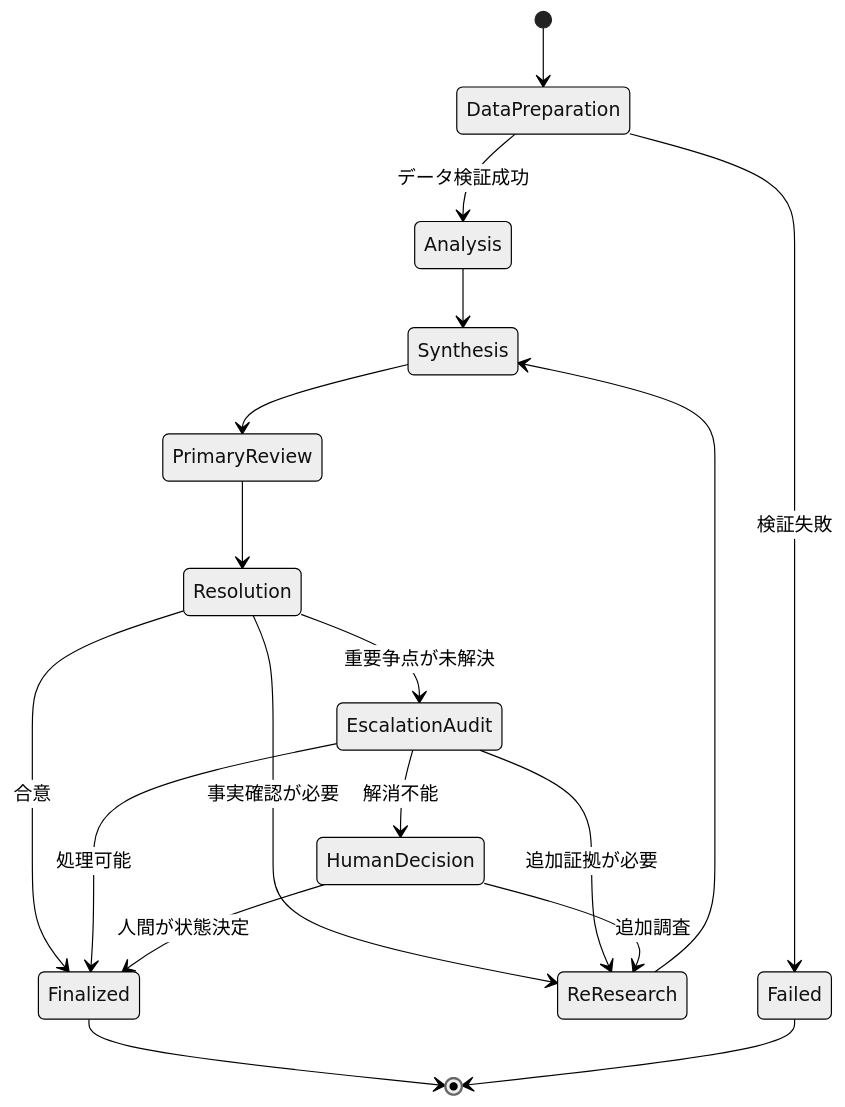
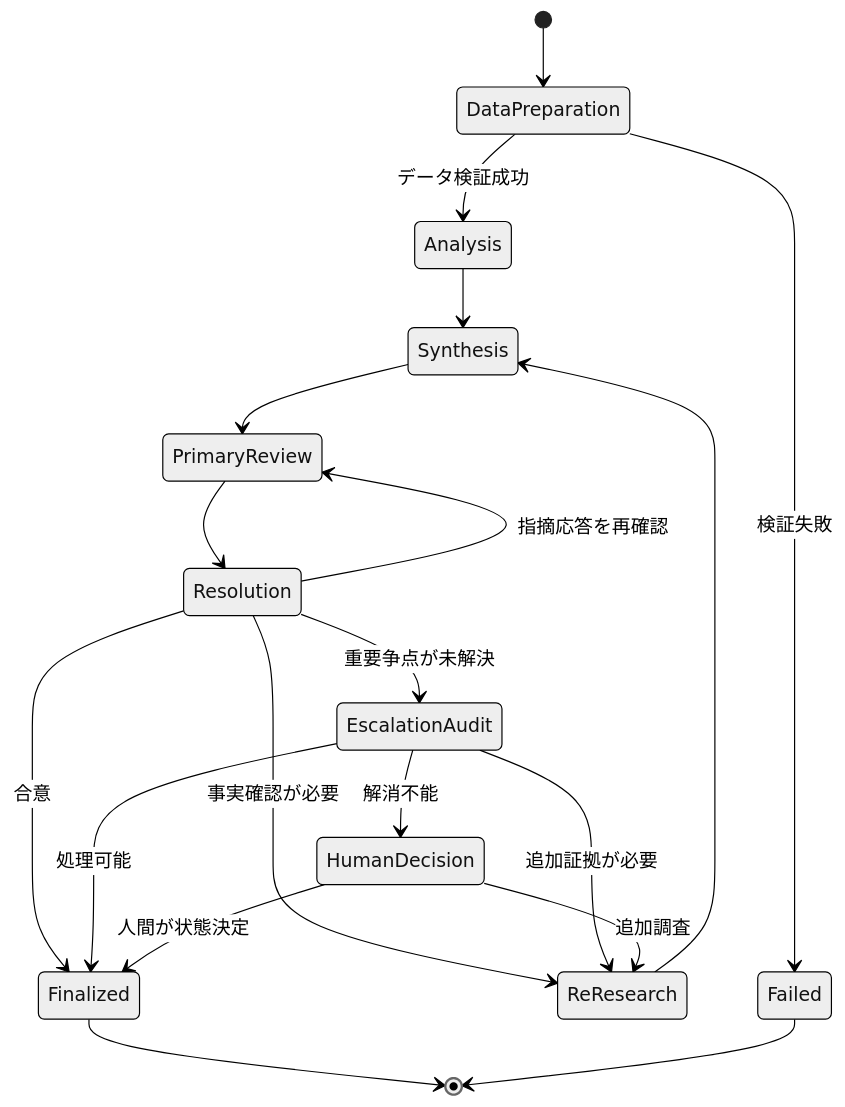
One commit to toike08D17012/system-trade-with-llm-orchestrator changed the fifth of 7 diagrams in docs/design/03-stock-research-system-architecture.md. Above: the diagram before and after it, drawn with Mermaid (neutral theme). The commit also changed other lines of this file and 4 other files, not shown here.

````diff
--- a/docs/design/03-stock-research-system-architecture.md
+++ b/docs/design/03-stock-research-system-architecture.md
@@ -821,20 +837,21 @@
 ```mermaid
 stateDiagram-v2
     [*] --> DataPreparation
     DataPreparation --> Analysis: データ検証成功
     DataPreparation --> Failed: 検証失敗
     Analysis --> Synthesis
     Synthesis --> PrimaryReview
     PrimaryReview --> Resolution
+    Resolution --> PrimaryReview: 指摘応答を再確認
     Resolution --> ReResearch: 事実確認が必要
     ReResearch --> Synthesis
     Resolution --> EscalationAudit: 重要争点が未解決
     Resolution --> Finalized: 合意
     EscalationAudit --> ReResearch: 追加証拠が必要
     EscalationAudit --> HumanDecision: 解消不能
     EscalationAudit --> Finalized: 処理可能
     HumanDecision --> ReResearch: 追加調査
     HumanDecision --> Finalized: 人間が状態決定
     Finalized --> [*]
     Failed --> [*]
 ```
````
